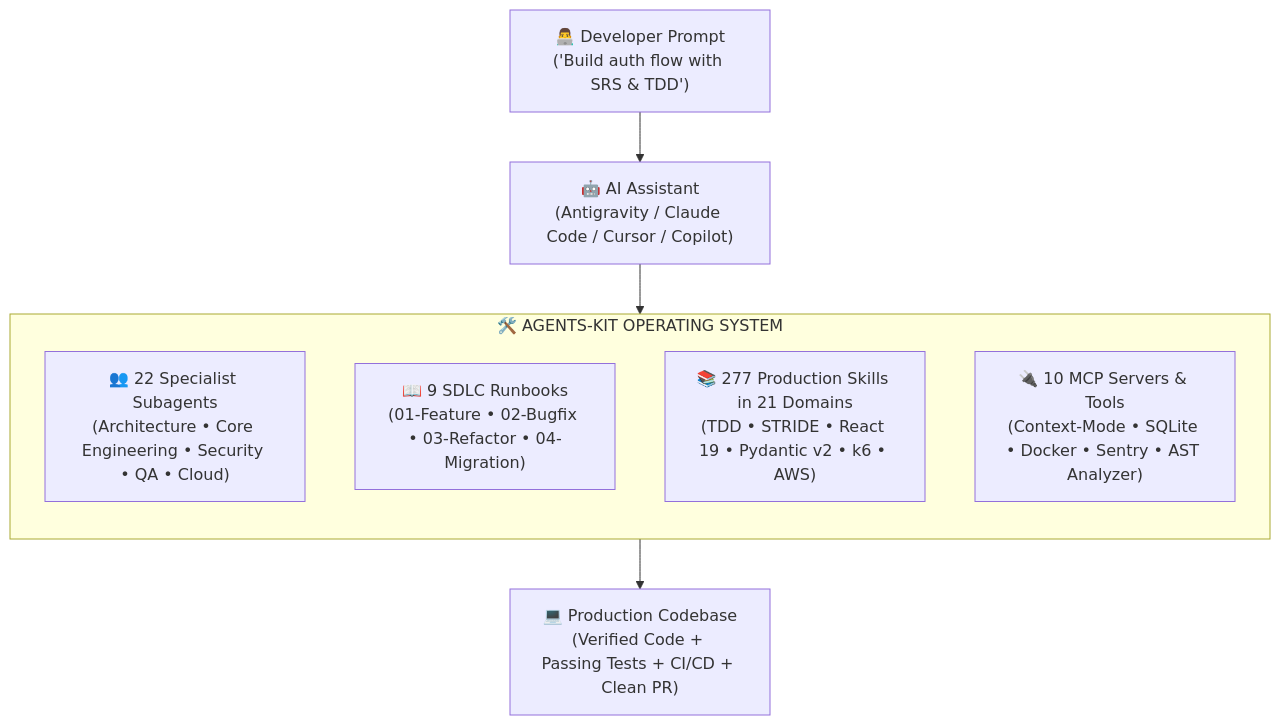
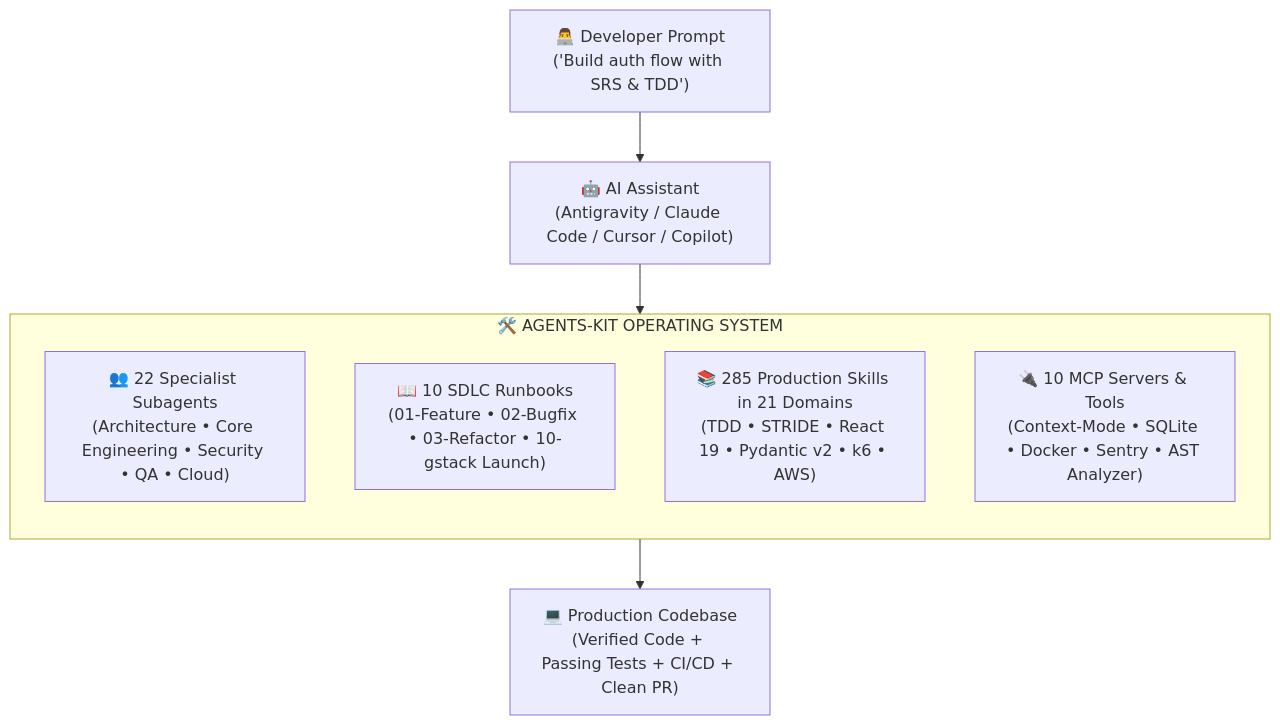
The first of 2 diagrams in README.md (hienpham0344/Agent-kit), drawn with Mermaid before and after one commit. The commit also changed other lines of this file and 5 other files, not shown here.

````diff
--- a/README.md
+++ b/README.md
@@ -56,15 +58,15 @@
 ```mermaid
 flowchart TD
     User["👨‍💻 Developer Prompt<br/>('Build auth flow with SRS & TDD')"] --> Assistant["🤖 AI Assistant<br/>(Antigravity / Claude Code / Cursor / Copilot)"]
     
     subgraph AK["🛠️ AGENTS-KIT OPERATING SYSTEM"]
         direction TB
         Squads["👥 22 Specialist Subagents<br/>(Architecture • Core Engineering • Security • QA • Cloud)"]
-        Runbooks["📖 9 SDLC Runbooks<br/>(01-Feature • 02-Bugfix • 03-Refactor • 04-Migration)"]
-        Skills["📚 277 Production Skills in 21 Domains<br/>(TDD • STRIDE • React 19 • Pydantic v2 • k6 • AWS)"]
+        Runbooks["📖 10 SDLC Runbooks<br/>(01-Feature • 02-Bugfix • 03-Refactor • 10-gstack Launch)"]
+        Skills["📚 285 Production Skills in 21 Domains<br/>(TDD • STRIDE • React 19 • Pydantic v2 • k6 • AWS)"]
         MCP["🔌 10 MCP Servers & Tools<br/>(Context-Mode • SQLite • Docker • Sentry • AST Analyzer)"]
     end
 
     Assistant --> AK
     AK --> Codebase["💻 Production Codebase<br/>(Verified Code + Passing Tests + CI/CD + Clean PR)"]
 ```
````
